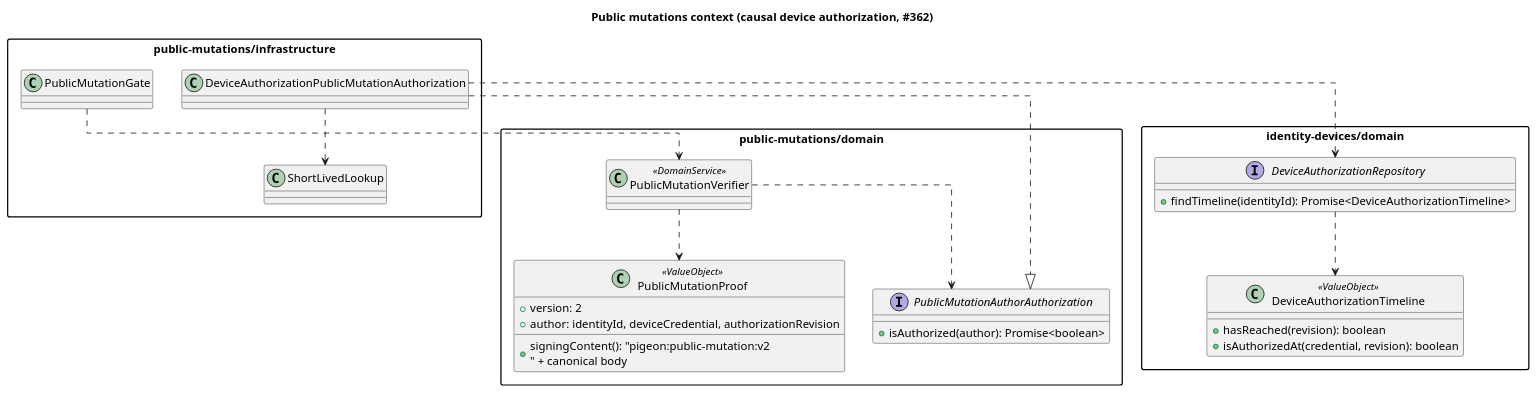
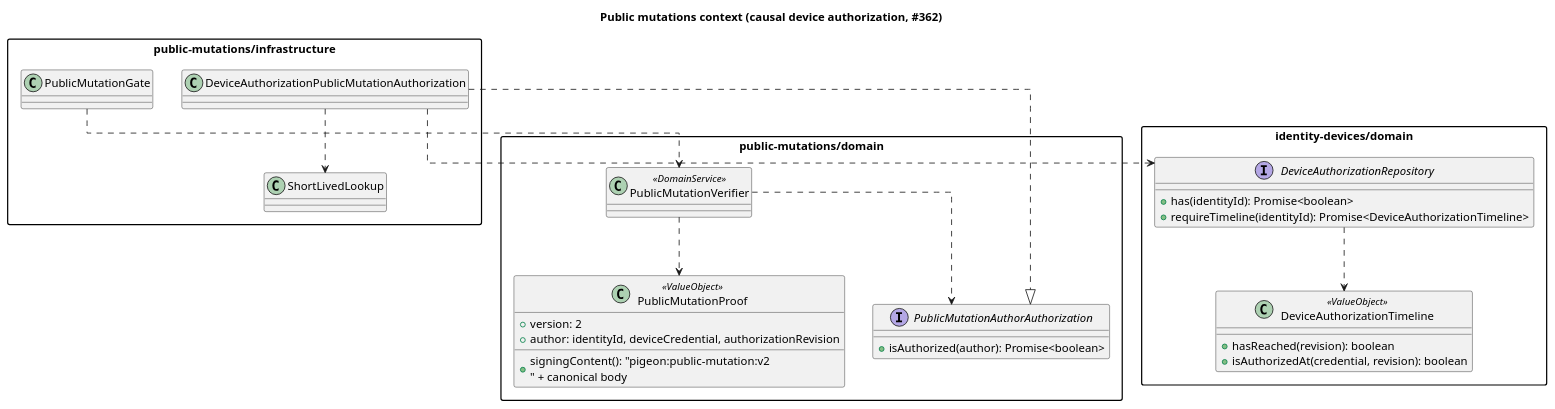
One commit to haskou/pigeon-swarm-node changed the diagram in src/contexts/public-mutations/_docs/PublicMutationsClasses.puml. Above: the diagram before and after it, drawn with PlantUML. The commit also changed 44 other files, not shown here.

First line of the commit message:
fix(persistence): 🐛 Replace nullable finders and persistence casts with has/require contracts

```diff
--- a/src/contexts/public-mutations/_docs/PublicMutationsClasses.puml
+++ b/src/contexts/public-mutations/_docs/PublicMutationsClasses.puml
@@ -1,42 +1,43 @@
 @startuml PublicMutationsClasses
 title Public mutations context (causal device authorization, #362)
 
 skinparam packageStyle rectangle
 skinparam linetype ortho
 
 package "public-mutations/domain" {
   class PublicMutationProof <<ValueObject>> {
     +version: 2
     +author: identityId, deviceCredential, authorizationRevision
     +signingContent(): "pigeon:public-mutation:v2\n" + canonical body
   }
   class PublicMutationVerifier <<DomainService>>
   interface PublicMutationAuthorAuthorization {
     +isAuthorized(author): Promise<boolean>
   }
 }
 
 package "public-mutations/infrastructure" {
   class PublicMutationGate
   class DeviceAuthorizationPublicMutationAuthorization
   class ShortLivedLookup
 }
 
 package "identity-devices/domain" {
   class DeviceAuthorizationTimeline <<ValueObject>> {
     +hasReached(revision): boolean
     +isAuthorizedAt(credential, revision): boolean
   }
   interface DeviceAuthorizationRepository {
-    +findTimeline(identityId): Promise<DeviceAuthorizationTimeline>
+    +has(identityId): Promise<boolean>
+    +requireTimeline(identityId): Promise<DeviceAuthorizationTimeline>
   }
 }
 
 PublicMutationGate ..> PublicMutationVerifier
 PublicMutationVerifier ..> PublicMutationProof
 PublicMutationVerifier ..> PublicMutationAuthorAuthorization
 DeviceAuthorizationPublicMutationAuthorization ..|> PublicMutationAuthorAuthorization
 DeviceAuthorizationPublicMutationAuthorization ..> ShortLivedLookup
 DeviceAuthorizationPublicMutationAuthorization ..> DeviceAuthorizationRepository
 DeviceAuthorizationRepository ..> DeviceAuthorizationTimeline
 @enduml
```
